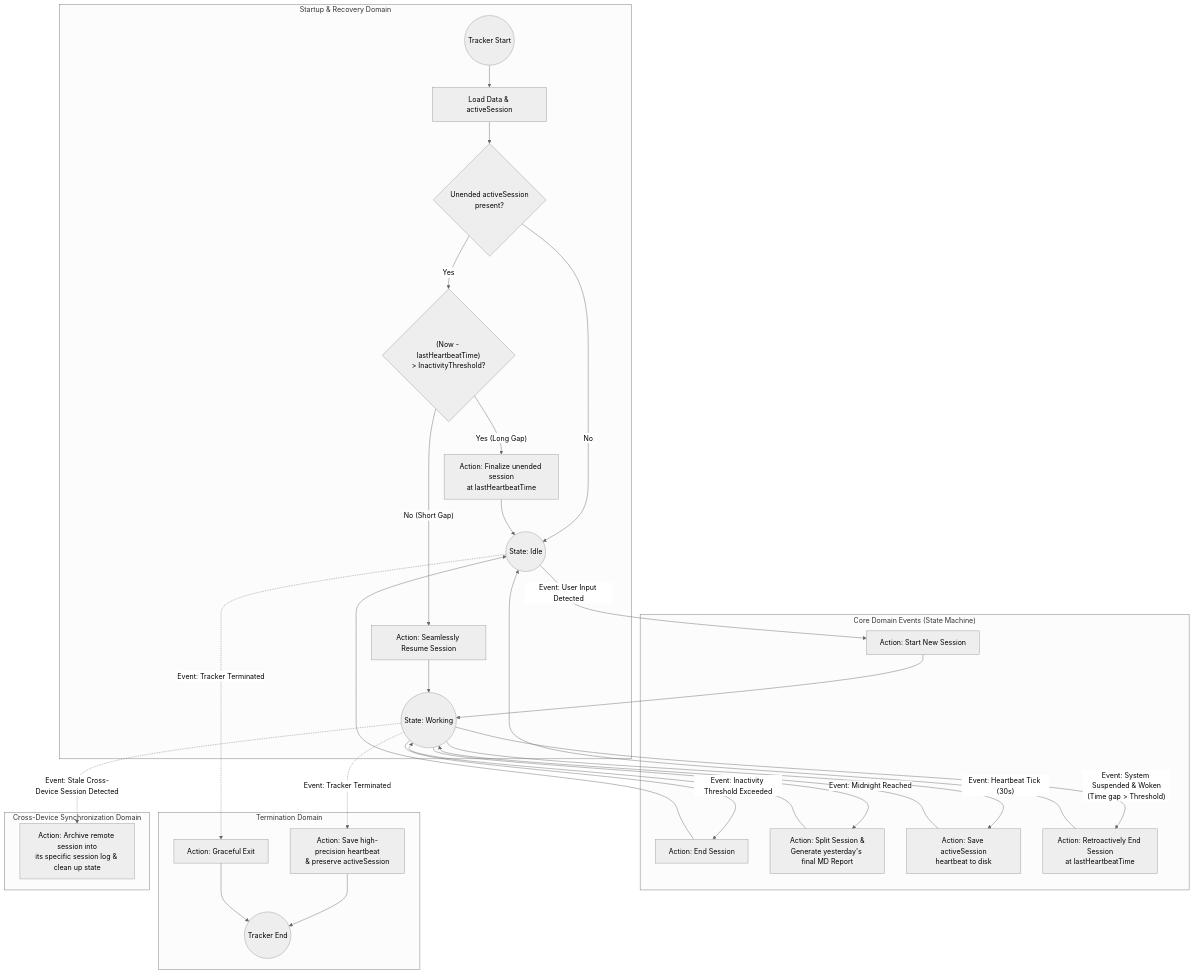
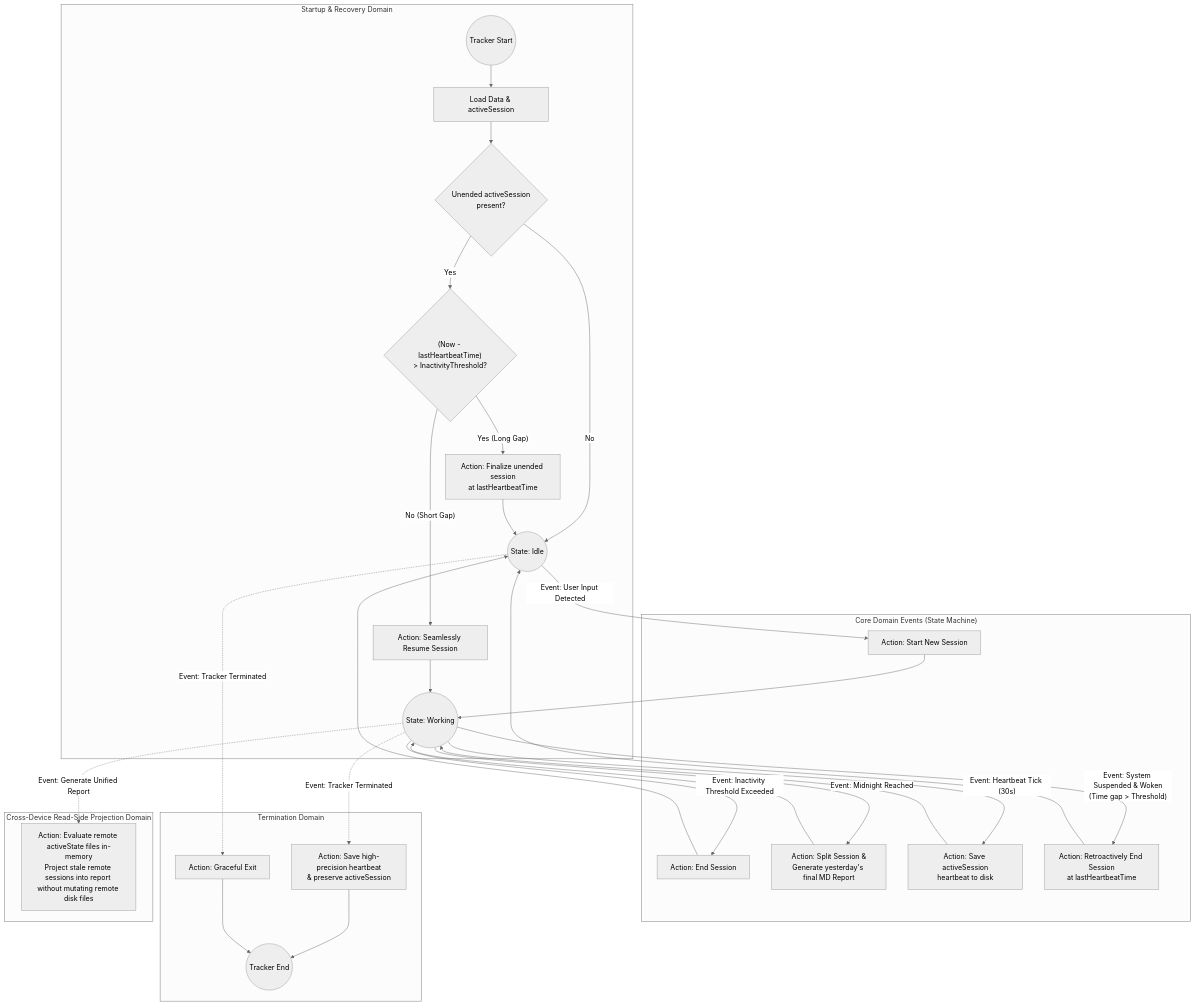
Before and after one commit to vincentikigai/hammer: the diagram in active-time-tracker/model/domain_logic.md, drawn with Mermaid (neutral theme). The commit also changed other lines of this file and 5 other files, not shown here.

Commit message:
feat: implement cross-device session aggregation with read-only stale session projection and logic documentation

````diff
--- a/active-time-tracker/model/domain_logic.md
+++ b/active-time-tracker/model/domain_logic.md
@@ -5,46 +5,46 @@
 ```mermaid
 flowchart TD
     subgraph Initialization ["Startup & Recovery Domain"]
         Start(("Tracker Start")) --> LoadData["Load Data & activeSession"]
         LoadData --> IsActive{"Unended activeSession<br/>present?"}
         
         IsActive -->|"Yes"| CheckGap{"(Now - lastHeartbeatTime)<br/>> InactivityThreshold?"}
         CheckGap -->|"Yes (Long Gap)"| Finalize["Action: Finalize unended session<br/>at lastHeartbeatTime"]
         CheckGap -->|"No (Short Gap)"| Resume["Action: Seamlessly Resume Session"]
         
         IsActive -->|"No"| StateIdle
         Finalize --> StateIdle
         Resume --> StateWorking
     end
 
     subgraph StateMachine ["Core Domain Events (State Machine)"]
         StateIdle(("State: Idle"))
         StateWorking(("State: Working"))
 
         StateIdle -->|"Event: User Input Detected"| CreateSession["Action: Start New Session"]
         CreateSession --> StateWorking
 
         StateWorking -->|"Event: Inactivity Threshold Exceeded"| EndSession["Action: End Session"]
         EndSession --> StateIdle
 
         StateWorking -->|"Event: Midnight Reached"| SplitSession["Action: Split Session &<br/>Generate yesterday's final MD Report"]
         SplitSession --> StateWorking
         
         StateWorking -->|"Event: Heartbeat Tick (30s)"| UpdateDisk["Action: Save activeSession<br/>heartbeat to disk"]
         UpdateDisk --> StateWorking
 
         StateWorking -->|"Event: System Suspended & Woken<br/>(Time gap > Threshold)"| SleepFallback["Action: Retroactively End Session<br/>at lastHeartbeatTime"]
         SleepFallback --> StateIdle
     end
 
     subgraph Termination ["Termination Domain"]
         StateIdle -.->|"Event: Tracker Terminated"| CleanExit["Action: Graceful Exit"]
         StateWorking -.->|"Event: Tracker Terminated"| GracefulExit["Action: Save high-precision heartbeat<br/>& preserve activeSession"]
         GracefulExit --> End(("Tracker End"))
         CleanExit --> End
     end
 
-    subgraph CrossDevice ["Cross-Device Synchronization Domain"]
-        StateWorking -.->|"Event: Stale Cross-Device Session Detected"| CrossDeviceArchive["Action: Archive remote session into<br/>its specific session log & clean up state"]
+    subgraph CrossDevice ["Cross-Device Read-Side Projection Domain"]
+        StateWorking -.->|"Event: Generate Unified Report"| CrossDeviceProject["Action: Evaluate remote activeState files in-memory<br/>Project stale remote sessions into report without mutating remote disk files"]
     end
 ```
````
